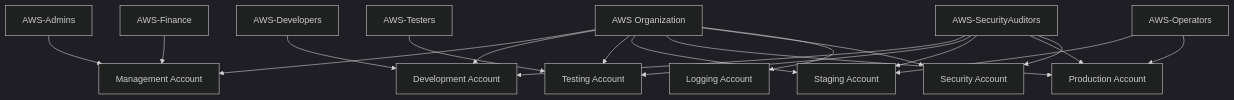
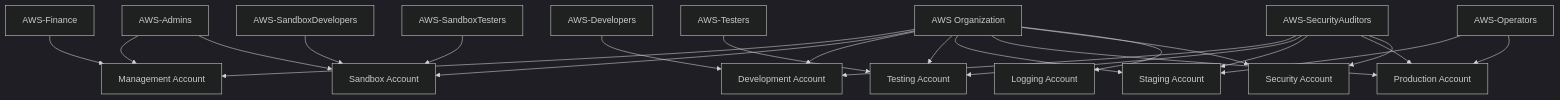
Diagram 12 of 16 in _posts/devops/2026-05-02-aws-account-access-guide-admin-developer-tester-operator-finance-auditor-cicd.md (ddingpy/myblog), drawn with Mermaid (dark theme) before and after one commit. The commit also changed other lines of this file, not shown here.

Commit message:
Add sandbox IAM Identity Center guidance

````diff
--- a/_posts/devops/2026-05-02-aws-account-access-guide-admin-developer-tester-operator-finance-auditor-cicd.md
+++ b/_posts/devops/2026-05-02-aws-account-access-guide-admin-developer-tester-operator-finance-auditor-cicd.md
@@ -1093,22 +1290,26 @@
 ```mermaid
 flowchart TD
     Org[AWS Organization] --> Mgmt[Management Account]
+    Org --> Sandbox[Sandbox Account]
     Org --> Dev[Development Account]
     Org --> Test[Testing Account]
     Org --> Stage[Staging Account]
     Org --> Prod[Production Account]
     Org --> Security[Security Account]
     Org --> Logs[Logging Account]
 
     Admins[AWS-Admins] --> Mgmt
+    Admins --> Sandbox
+    SandboxDevelopers[AWS-SandboxDevelopers] --> Sandbox
+    SandboxTesters[AWS-SandboxTesters] --> Sandbox
     Developers[AWS-Developers] --> Dev
     Testers[AWS-Testers] --> Test
     Operators[AWS-Operators] --> Stage
     Operators --> Prod
     Auditors[AWS-SecurityAuditors] --> Dev
     Auditors --> Test
     Auditors --> Stage
     Auditors --> Prod
     Auditors --> Security
     Finance[AWS-Finance] --> Mgmt
 ```
````
